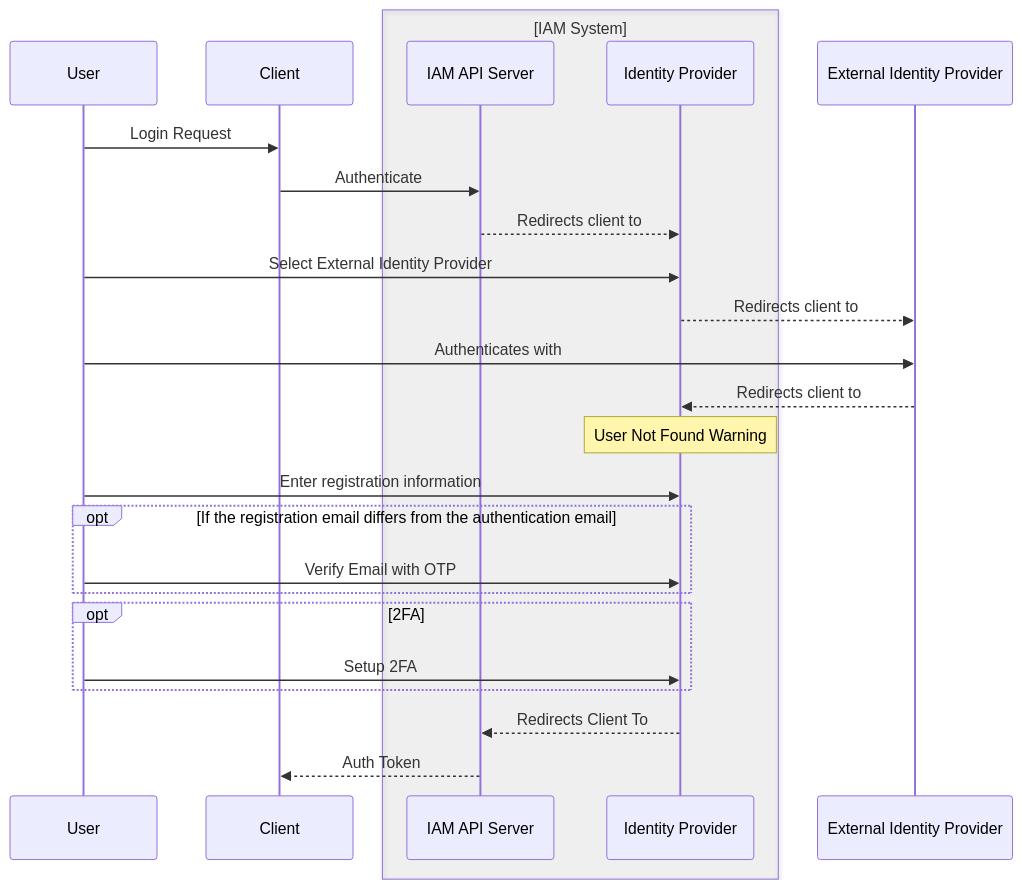
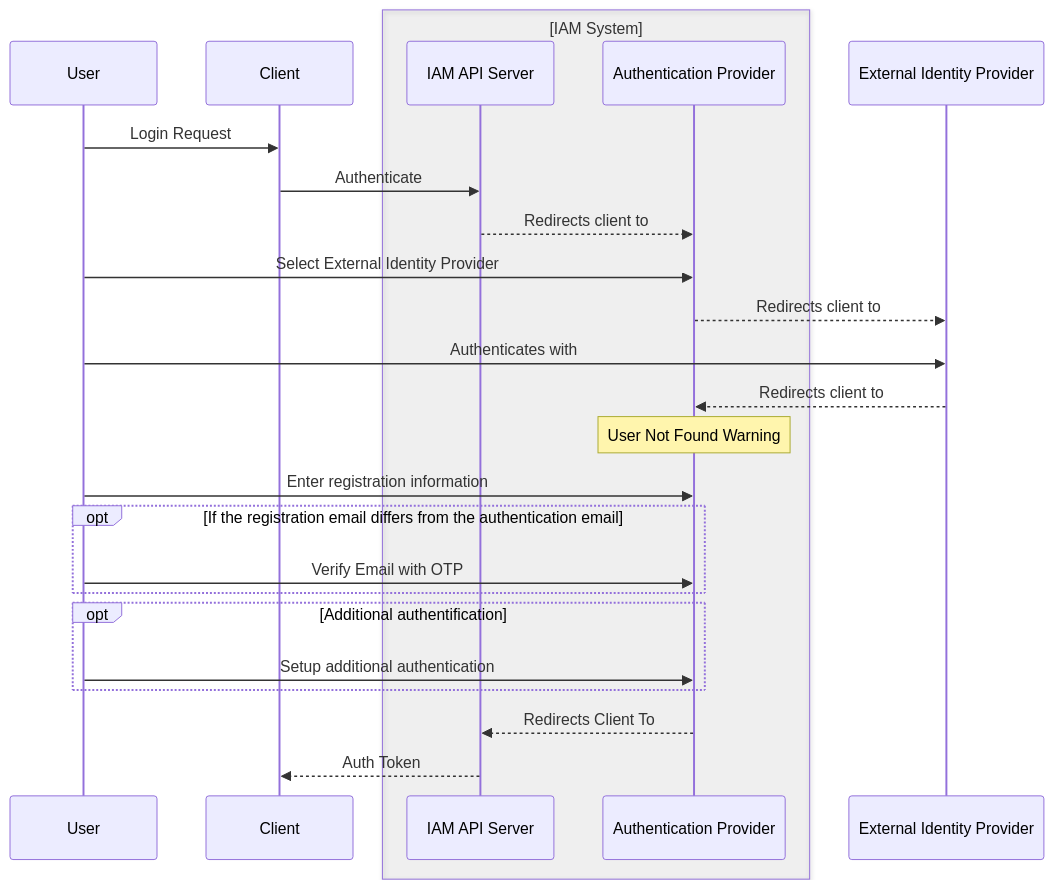
The fifth of 9 diagrams in enhancements/business-os/identity-and-access-management/authentication/README.md (datum-cloud/enhancements), drawn with Mermaid before and after one commit. The commit also changed other lines of this file, not shown here.

Commit message:
feat: add user management flow

````diff
--- a/enhancements/business-os/identity-and-access-management/authentication/README.md
+++ b/enhancements/business-os/identity-and-access-management/authentication/README.md
@@ -449,28 +449,28 @@
 ```mermaid
 sequenceDiagram
   participant User
   participant Client as Client
   box rgba(93, 93, 93, 0.07) [IAM System]
   participant IAM as IAM API Server
-  participant IdP as Identity Provider
+  participant IdP as Authentication Provider
   end
   participant EIdP as External Identity Provider
 
   User->>Client: Login Request
   Client->>IAM: Authenticate
   IAM-->>IdP: Redirects client to
   User->>IdP: Select External Identity Provider
   IdP-->>EIdP: Redirects client to
   User->>EIdP: Authenticates with
   EIdP-->>IdP: Redirects client to
   Note over IdP: User Not Found Warning
   User->>IdP: Enter registration information
   opt If the registration email differs from the authentication email
   User->>IdP: Verify Email with OTP
   end
-  opt 2FA
-  User->>IdP: Setup 2FA
+  opt Additional authentification
+  User->>IdP: Setup additional authentication
   end
   IdP-->>IAM: Redirects Client To
   IAM-->>Client: Auth Token
 ```
````
